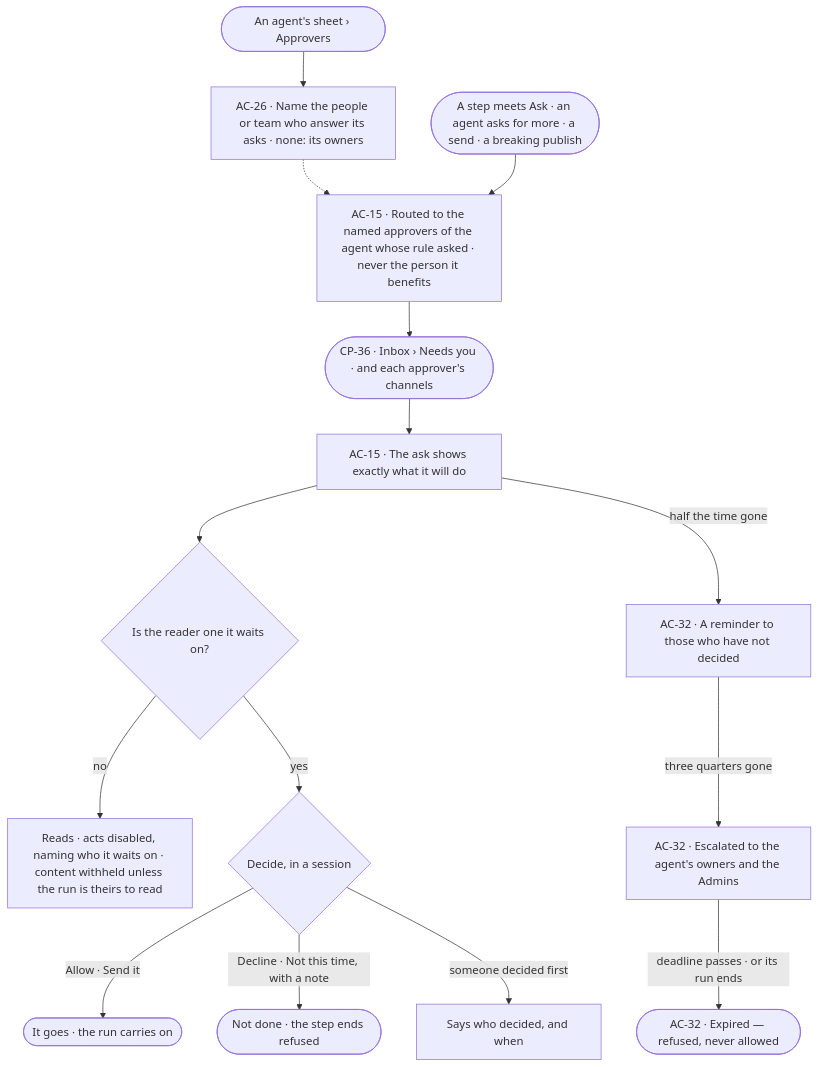
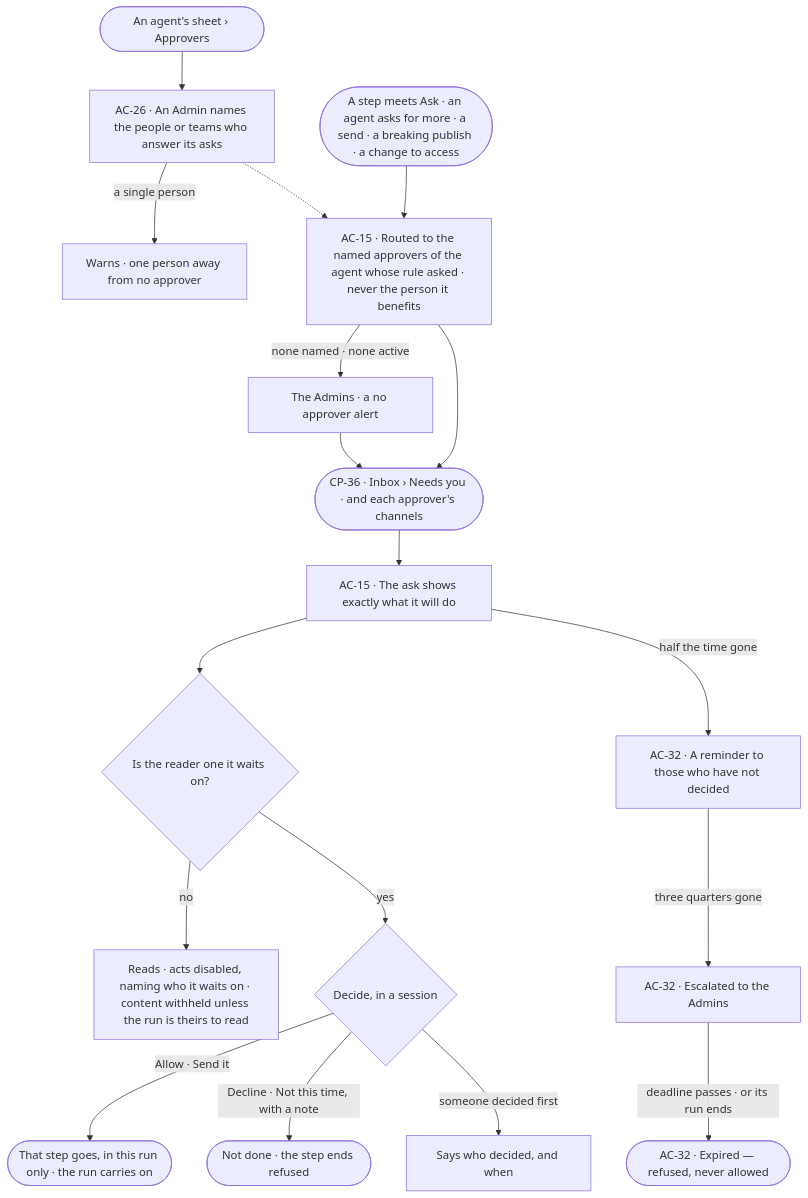
Before and after one commit to invana/invana: the first of 2 diagrams in specs/os/access/features/AC-F05-asks-and-approvals/feature.md, drawn with Mermaid. The commit also changed other lines of this file and 300 other files, not shown here.

````diff
--- a/specs/os/access/features/AC-F05-asks-and-approvals/feature.md
+++ b/specs/os/access/features/AC-F05-asks-and-approvals/feature.md
@@ -25,17 +26,20 @@
 ```mermaid
 flowchart TD
-  sheet([An agent's sheet › Approvers]) --> named["AC-26 · Name the people or team who answer its asks · none: its owners"]
+  sheet([An agent's sheet › Approvers]) --> named["AC-26 · An Admin names the people or teams who answer its asks"]
+  named -->|a single person| warn["Warns · one person away from no approver"]
   named -.-> route
-  ev([A step meets Ask · an agent asks for more · a send · a breaking publish]) --> route["AC-15 · Routed to the named approvers of the agent whose rule asked · never the person it benefits"]
+  ev([A step meets Ask · an agent asks for more · a send · a breaking publish · a change to access]) --> route["AC-15 · Routed to the named approvers of the agent whose rule asked · never the person it benefits"]
+  route -->|none named · none active| adm["The Admins · a no approver alert"]
+  adm --> inbox
   route --> inbox(["CP-36 · Inbox › Needs you · and each approver's channels"])
   inbox --> ask["AC-15 · The ask shows exactly what it will do"]
   ask --> who{"Is the reader one it waits on?"}
   who -->|no| ro["Reads · acts disabled, naming who it waits on · content withheld unless the run is theirs to read"]
   who -->|yes| dec{"Decide, in a session"}
-  dec -->|Allow · Send it| go(["It goes · the run carries on"])
+  dec -->|Allow · Send it| go(["That step goes, in this run only · the run carries on"])
   dec -->|Decline · Not this time, with a note| no(["Not done · the step ends refused"])
   dec -->|someone decided first| first["Says who decided, and when"]
   ask -->|half the time gone| rem["AC-32 · A reminder to those who have not decided"]
-  rem -->|three quarters gone| esc["AC-32 · Escalated to the agent's owners and the Admins"]
+  rem -->|three quarters gone| esc["AC-32 · Escalated to the Admins"]
   esc -->|deadline passes · or its run ends| exp(["AC-32 · Expired — refused, never allowed"])
 ```
````
